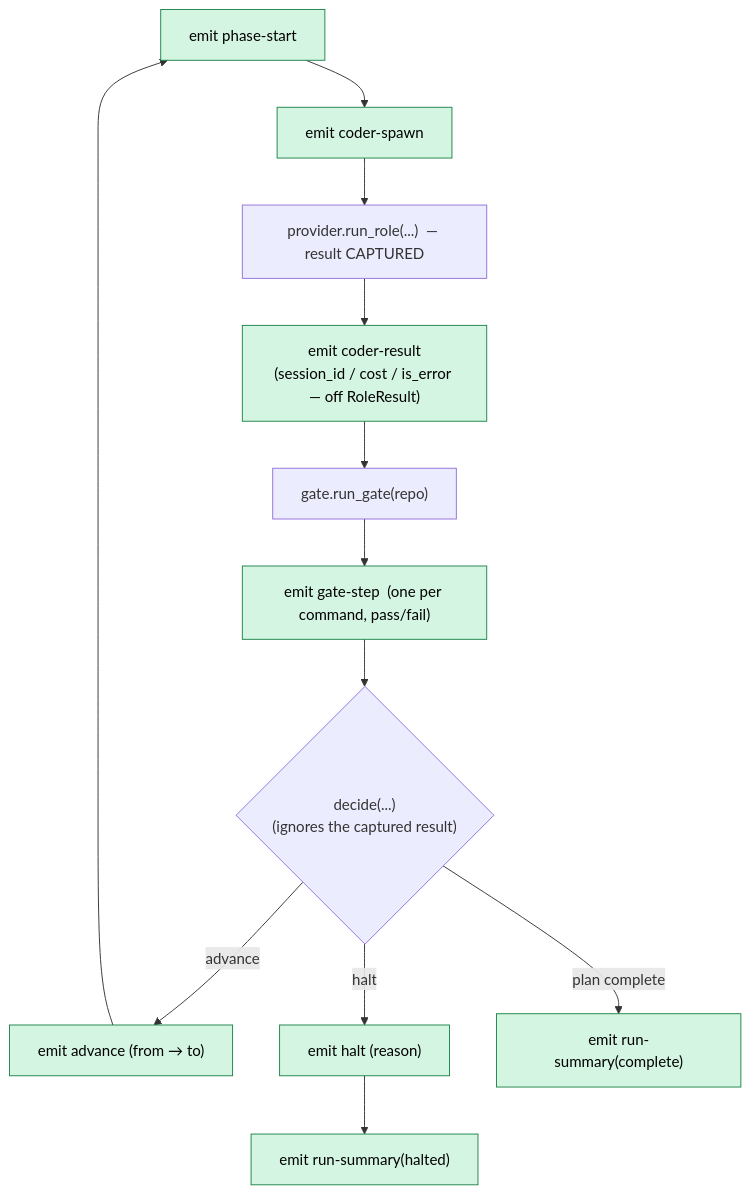
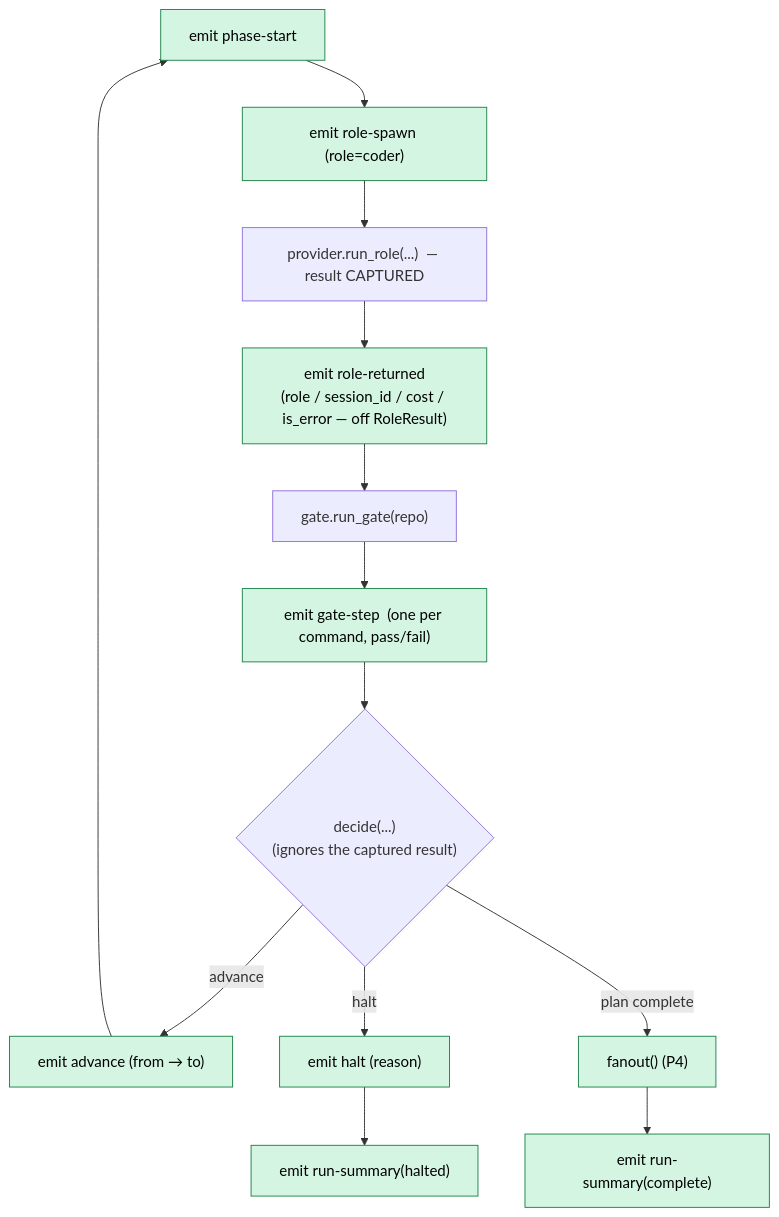
Before and after one commit to alxb1t/minionsfactory: the third of 8 diagrams in docs/data-flow.md, drawn with Mermaid. The commit also changed other lines of this file and 10 other files, not shown here.

````diff
--- a/docs/data-flow.md
+++ b/docs/data-flow.md
@@ -77,15 +77,15 @@
 ```mermaid
 flowchart TD
-    ps["emit phase-start"] --> cs["emit coder-spawn"]
+    ps["emit phase-start"] --> cs["emit role-spawn (role=coder)"]
     cs --> spawn["provider.run_role(...)  — result CAPTURED"]
-    spawn --> cr["emit coder-result<br/>(session_id / cost / is_error — off RoleResult)"]
+    spawn --> cr["emit role-returned<br/>(role / session_id / cost / is_error — off RoleResult)"]
     cr --> gate["gate.run_gate(repo)"]
     gate --> gs["emit gate-step  (one per command, pass/fail)"]
     gs --> dec{"decide(...)<br/>(ignores the captured result)"}
     dec -- advance --> adv["emit advance (from → to)"] --> ps
     dec -- halt --> h["emit halt (reason)"] --> rs["emit run-summary(halted)"]
-    dec -- plan complete --> rsc["emit run-summary(complete)"]
+    dec -- plan complete --> fo["fanout()  (P4)"] --> rsc["emit run-summary(complete)"]
 
     classDef built fill:#d5f5e3,stroke:#1e8449,color:#000;
-    class ps,cs,cr,gs,adv,h,rs,rsc built;
+    class ps,cs,cr,gs,adv,h,rs,rsc,fo built;
 ```
````
